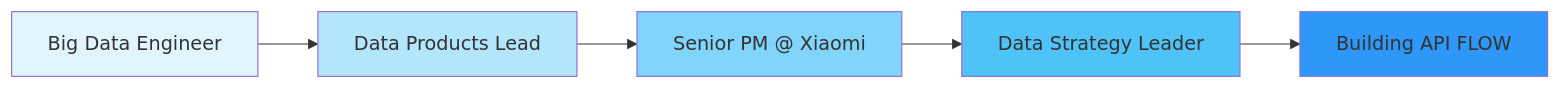
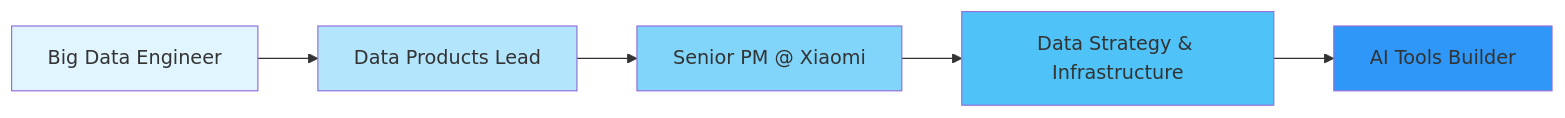
One commit to nandanosql/nandanosql changed the diagram in README.md. Above: the diagram before and after it, drawn with Mermaid. The commit also changed other lines of this file, not shown here.

Commit message:
Update profile README - refresh with AI tools focus, social links, and improved layout

````diff
--- a/README.md
+++ b/README.md
@@ -38,12 +33,12 @@
 ```mermaid
 graph LR
     A[Big Data Engineer] --> B[Data Products Lead]
     B --> C[Senior PM @ Xiaomi]
-    C --> D[Data Strategy Leader]
-    D --> E[Building API FLOW]
+    C --> D[Data Strategy & Infrastructure]
+    D --> E[AI Tools Builder]
     style A fill:#e1f5ff
     style B fill:#b3e5fc
     style C fill:#81d4fa
     style D fill:#4fc3f7
     style E fill:#2e97f7
 ```
````
